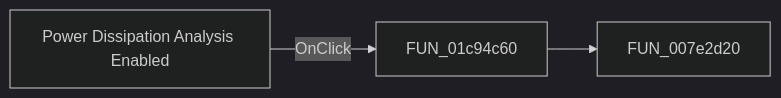
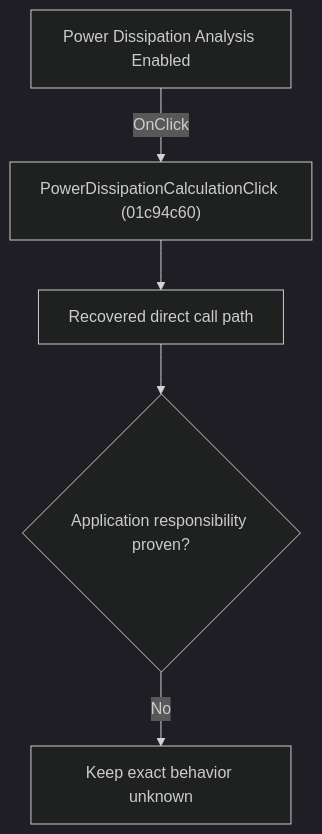
One commit to MovGP0/TIARA changed the diagram in docs/ui-controls/schematiceditor/powerdissipationcalculation-389167b1d3.md. Above: the diagram before and after it, drawn with Mermaid (dark theme). The commit also changed other lines of this file and 1062 other files, not shown here.

````diff
--- a/docs/ui-controls/schematiceditor/powerdissipationcalculation-389167b1d3.md
+++ b/docs/ui-controls/schematiceditor/powerdissipationcalculation-389167b1d3.md
@@ -27,5 +27,7 @@
 ```mermaid
-flowchart LR
-    control["Power Dissipation Analysis Enabled"] -->|OnClick| handler["FUN_01c94c60"]
-    handler --> call1["FUN_007e2d20"]
+flowchart TD
+    control["Power Dissipation Analysis Enabled"] -->|"OnClick"| handler["PowerDissipationCalculationClick (01c94c60)"]
+    handler --> recovered["Recovered direct call path"]
+    recovered --> gap{"Application responsibility proven?"}
+    gap -->|"No"| blocked["Keep exact behavior unknown"]
 ```
````
